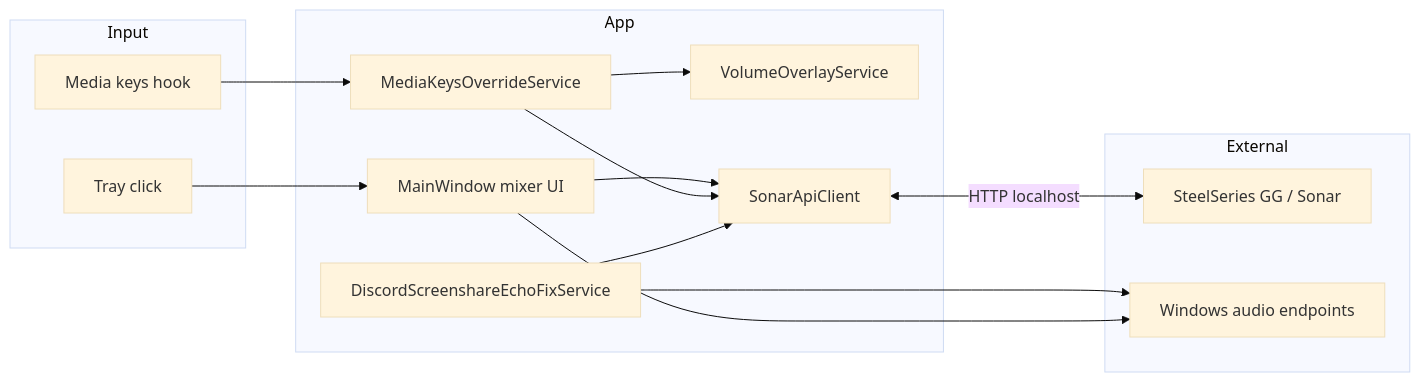
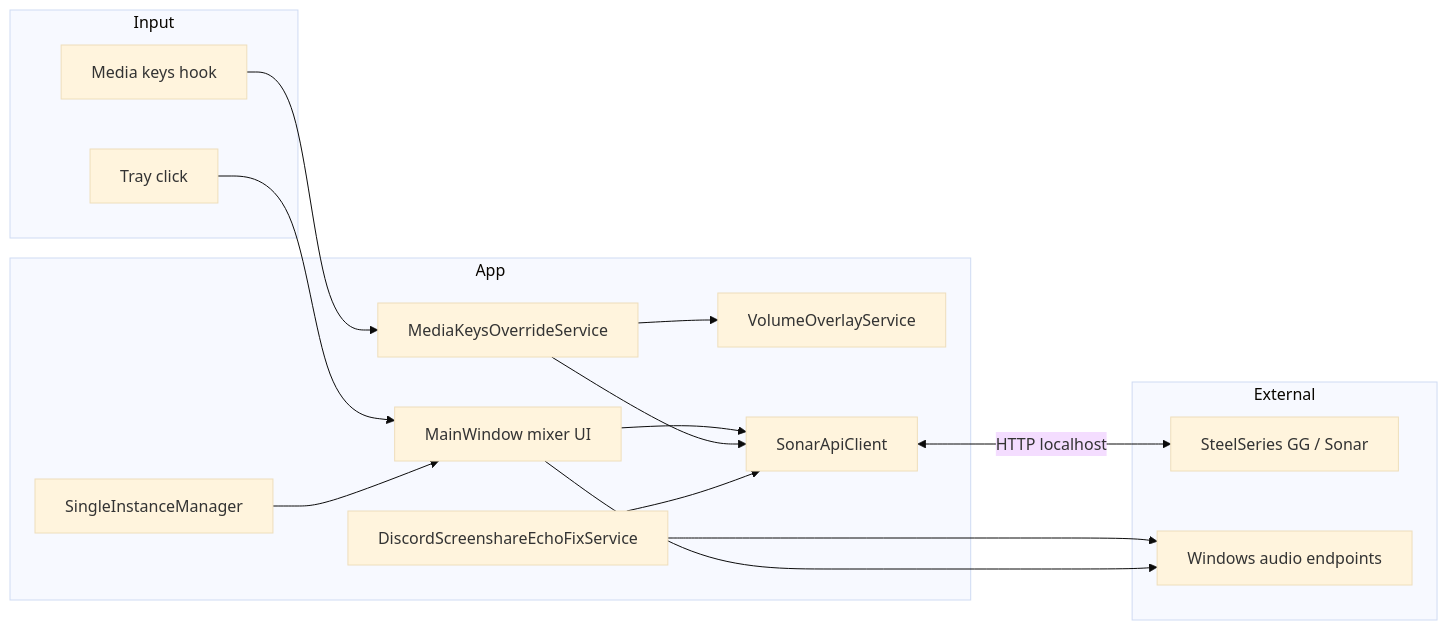
One commit to Lixetron/steelseries-sonar-tray changed the diagram in README.md. Above: the diagram before and after it, drawn with Mermaid (base theme). The commit also changed other lines of this file and 2 other files, not shown here.

````diff
--- a/README.md
+++ b/README.md
@@ -309,30 +317,32 @@
 ```mermaid
 flowchart LR
   subgraph Input
     Tray[Tray click]
     Keys[Media keys hook]
   end
 
   subgraph App
     MW[MainWindow mixer UI]
     MKO[MediaKeysOverrideService]
     VO[VolumeOverlayService]
     DEF[DiscordScreenshareEchoFixService]
+    SI[SingleInstanceManager]
     API[SonarApiClient]
   end
 
   subgraph External
     GG[SteelSeries GG / Sonar]
     WASAPI[Windows audio endpoints]
   end
 
   Tray --> MW
   MW --> API
   Keys --> MKO
   MKO --> API
   MKO --> VO
   DEF --> API
   DEF --> WASAPI
+  SI --> MW
   API <-->|HTTP localhost| GG
   MW --> WASAPI
 ```
````
